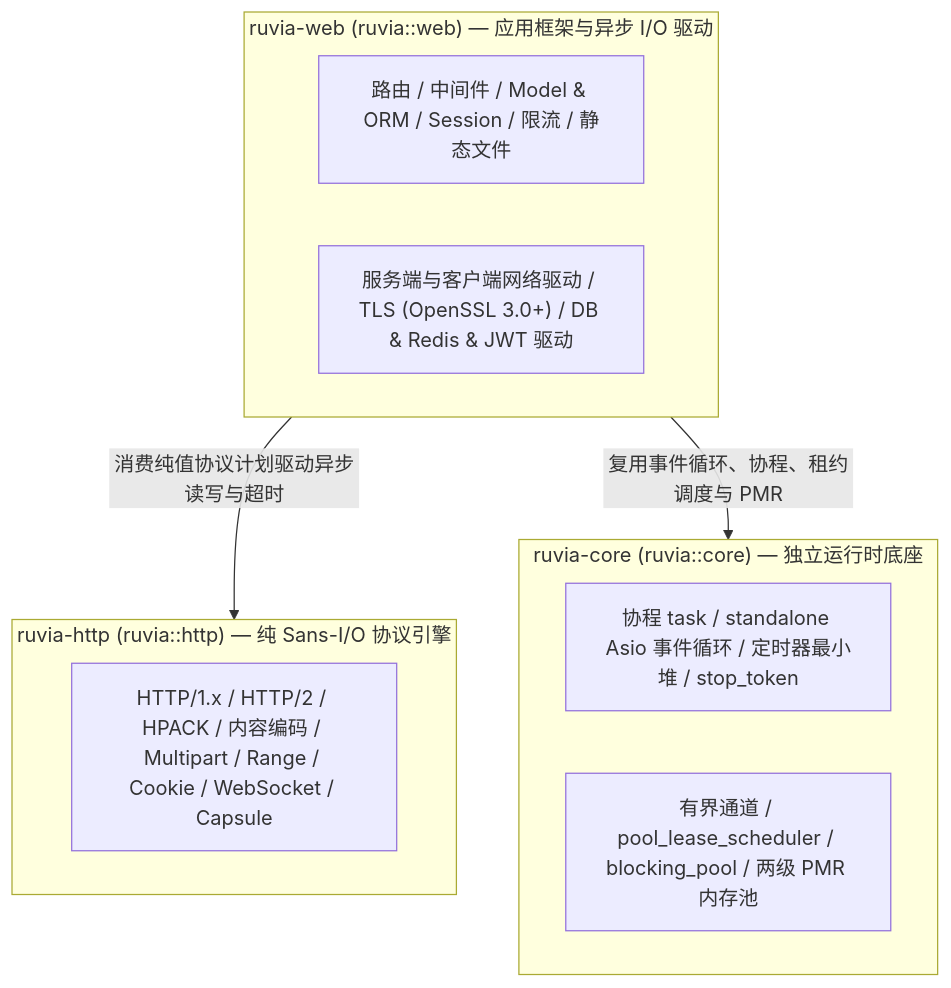
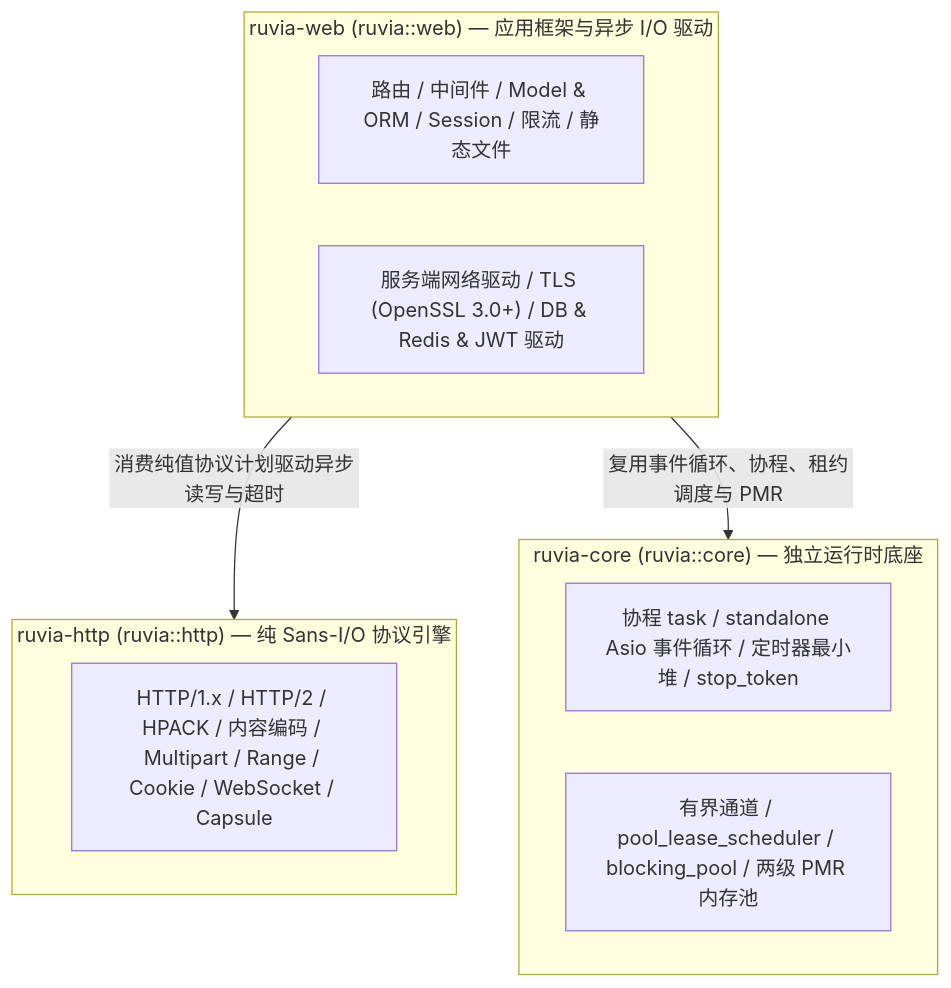
The first of 4 diagrams in AGENTS.md (chuyu0504/Ruvia), drawn with Mermaid before and after one commit. The commit also changed other lines of this file and 280 other files, not shown here.

````diff
--- a/AGENTS.md
+++ b/AGENTS.md
@@ -26,17 +26,17 @@
 ```mermaid
 flowchart TB
     subgraph web ["ruvia-web (ruvia::web) — 应用框架与异步 I/O 驱动"]
         w_app["路由 / 中间件 / Model & ORM / Session / 限流 / 静态文件"]
-        w_io["服务端与客户端网络驱动 / TLS (OpenSSL 3.0+) / DB & Redis & JWT 驱动"]
+        w_io["服务端网络驱动 / TLS (OpenSSL 3.0+) / DB & Redis & JWT 驱动"]
     end
     subgraph core ["ruvia-core (ruvia::core) — 独立运行时底座"]
         c_rt["协程 task / standalone Asio 事件循环 / 定时器最小堆 / stop_token"]
         c_pool["有界通道 / pool_lease_scheduler / blocking_pool / 两级 PMR 内存池"]
     end
     subgraph http ["ruvia-http (ruvia::http) — 纯 Sans-I/O 协议引擎"]
         h_proto["HTTP/1.x / HTTP/2 / HPACK / 内容编码 / Multipart / Range / Cookie / WebSocket / Capsule"]
     end
 
     web -->|"消费纯值协议计划驱动异步读写与超时"| http
     web -->|"复用事件循环、协程、租约调度与 PMR"| core
 ```
````
